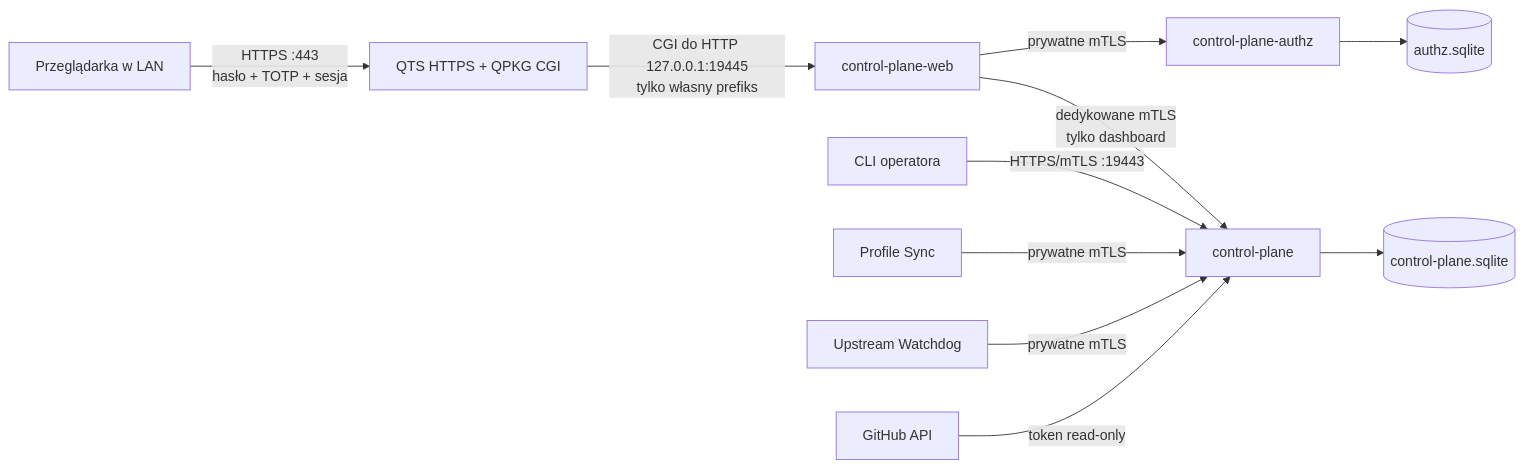
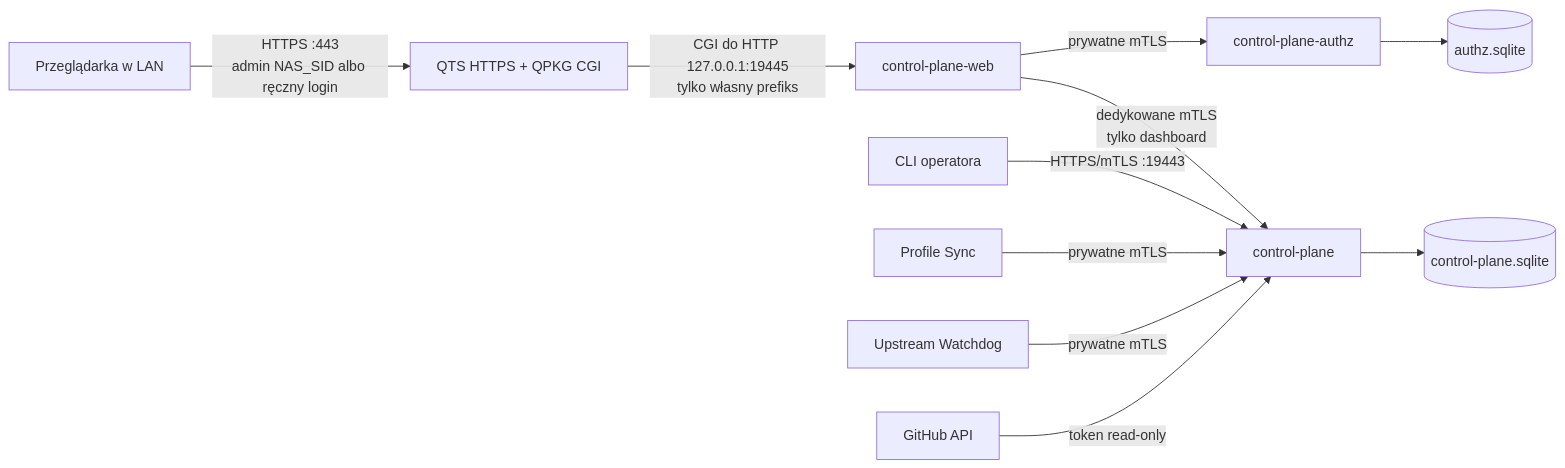
The diagram in docs/control-plane/architecture.md (mwoDevelop/kodi), drawn with Mermaid before and after one commit. The commit also changed other lines of this file and 9 other files, not shown here.

````diff
--- a/docs/control-plane/architecture.md
+++ b/docs/control-plane/architecture.md
@@ -5,13 +5,13 @@
 ```mermaid
 flowchart LR
-  Browser[Przeglądarka w LAN] -->|HTTPS :443<br/>hasło + TOTP + sesja| QTS[QTS HTTPS + QPKG CGI]
+  Browser[Przeglądarka w LAN] -->|HTTPS :443<br/>admin NAS_SID albo ręczny login| QTS[QTS HTTPS + QPKG CGI]
   QTS -->|CGI do HTTP 127.0.0.1:19445<br/>tylko własny prefiks| Web[control-plane-web]
   Web -->|dedykowane mTLS<br/>tylko dashboard| Core[control-plane]
   Web -->|prywatne mTLS| Authz[control-plane-authz]
   Operator[CLI operatora] -->|HTTPS/mTLS :19443| Core
   Profile[Profile Sync] -->|prywatne mTLS| Core
   Watchdog[Upstream Watchdog] -->|prywatne mTLS| Core
   GitHub[GitHub API] -->|token read-only| Core
   Authz --> AuthDB[(authz.sqlite)]
   Core --> CoreDB[(control-plane.sqlite)]
 ```
````
